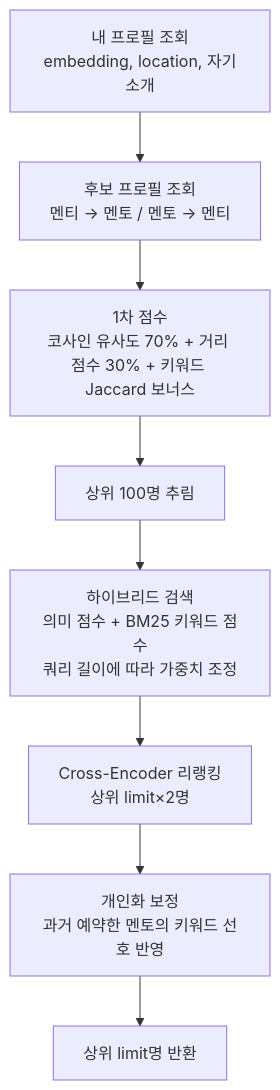
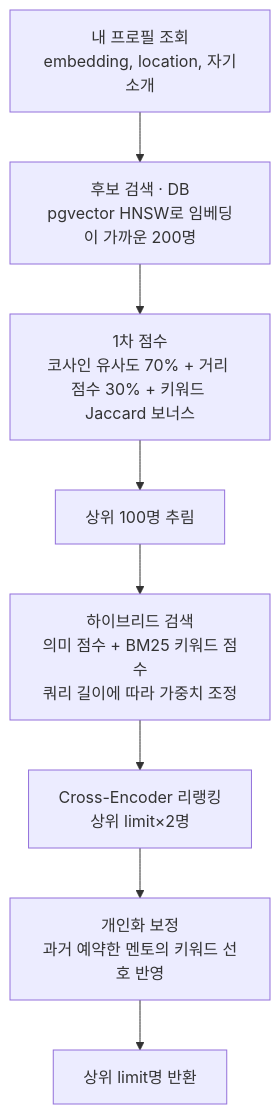
Before and after one commit to tjdgus1947-cmd/coffeechat: the second of 3 diagrams in README.md, drawn with Mermaid. The commit also changed other lines of this file and 1 other file, not shown here.

````diff
--- a/README.md
+++ b/README.md
@@ -45,10 +45,10 @@
 ```mermaid
 flowchart TD
-    A[내 프로필 조회<br/>embedding, location, 자기소개] --> B[후보 프로필 조회<br/>멘티 → 멘토 / 멘토 → 멘티]
+    A[내 프로필 조회<br/>embedding, location, 자기소개] --> B[후보 검색 · DB<br/>pgvector HNSW로 임베딩이 가까운 200명]
     B --> C[1차 점수<br/>코사인 유사도 70% + 거리 점수 30% + 키워드 Jaccard 보너스]
     C --> D[상위 100명 추림]
     D --> E[하이브리드 검색<br/>의미 점수 + BM25 키워드 점수<br/>쿼리 길이에 따라 가중치 조정]
     E --> F[Cross-Encoder 리랭킹<br/>상위 limit×2명]
     F --> G[개인화 보정<br/>과거 예약한 멘토의 키워드 선호 반영]
     G --> H[상위 limit명 반환]
 ```
````
